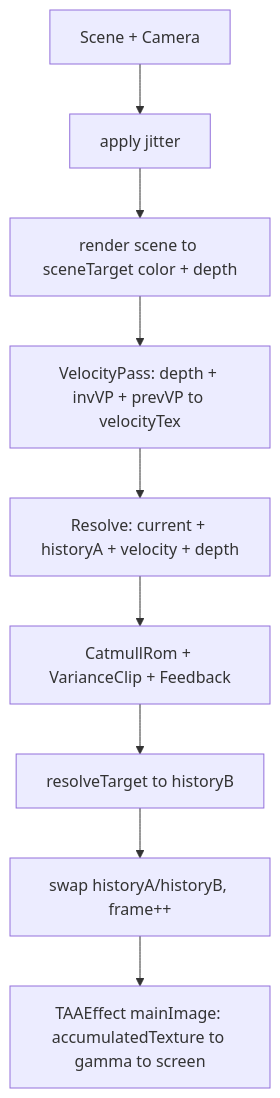
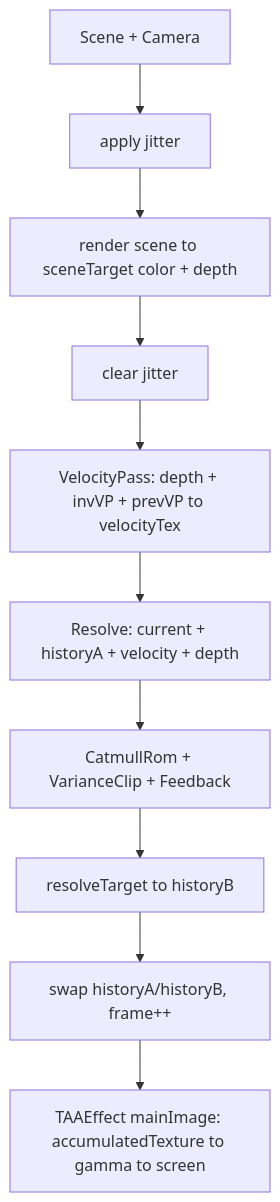
One commit to KallkaGo/Simple-TAA changed the diagram in README.md. Above: the diagram before and after it, drawn with Mermaid. The commit also changed other lines of this file, not shown here.

````diff
--- a/README.md
+++ b/README.md
@@ -335,11 +335,12 @@
 ```mermaid
 flowchart TD
     A[Scene + Camera] --> B[apply jitter]
     B --> C[render scene to sceneTarget color + depth]
-    C --> D[VelocityPass: depth + invVP + prevVP to velocityTex]
-    D --> E[Resolve: current + historyA + velocity + depth]
-    E --> F[CatmullRom + VarianceClip + Feedback]
-    F --> G[resolveTarget to historyB]
-    G --> H[swap historyA/historyB, frame++]
-    H --> I[TAAEffect mainImage: accumulatedTexture to gamma to screen]
+    C --> D[clear jitter]
+    D --> E[VelocityPass: depth + invVP + prevVP to velocityTex]
+    E --> F[Resolve: current + historyA + velocity + depth]
+    F --> G[CatmullRom + VarianceClip + Feedback]
+    G --> H[resolveTarget to historyB]
+    H --> I[swap historyA/historyB, frame++]
+    I --> J[TAAEffect mainImage: accumulatedTexture to gamma to screen]
 ```
````
